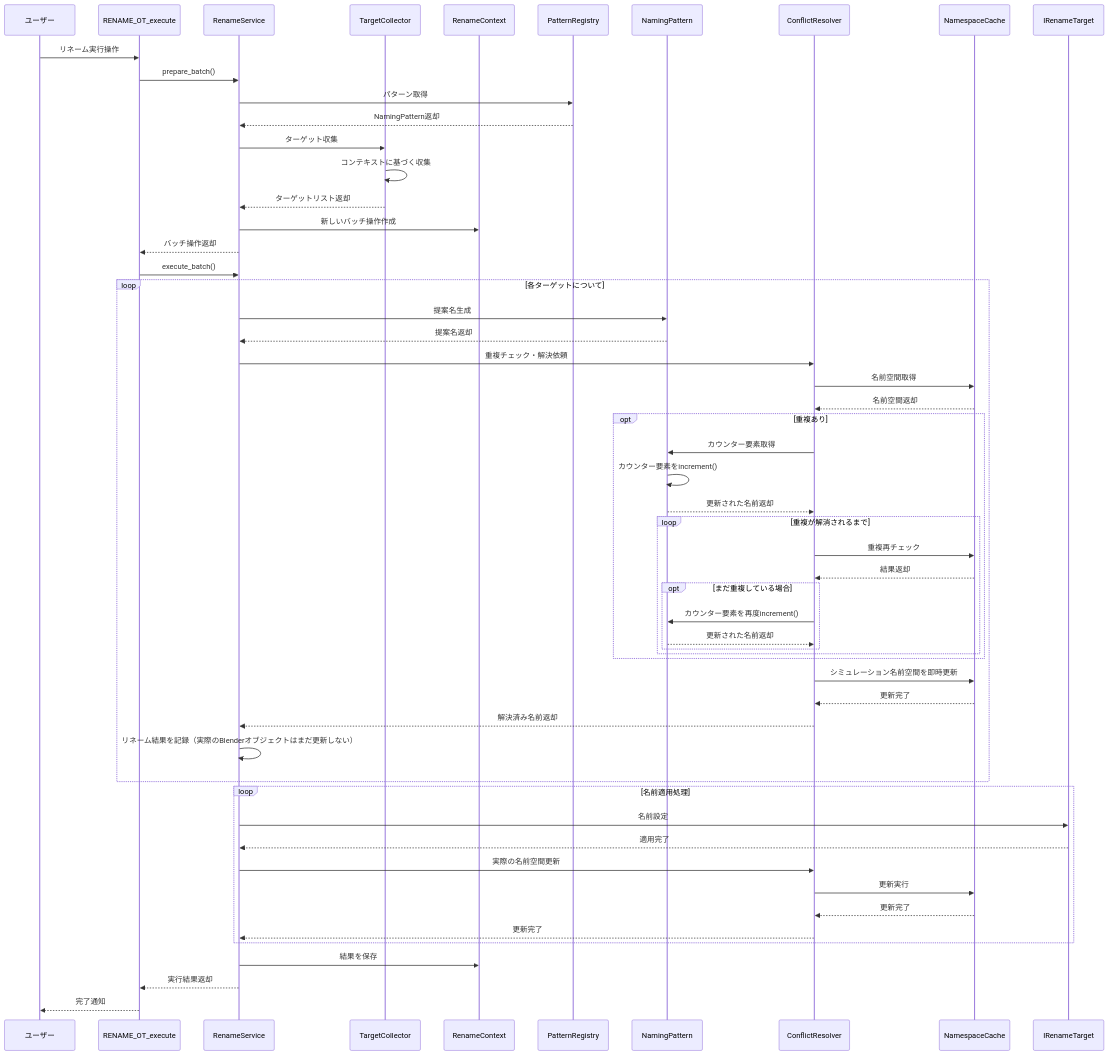
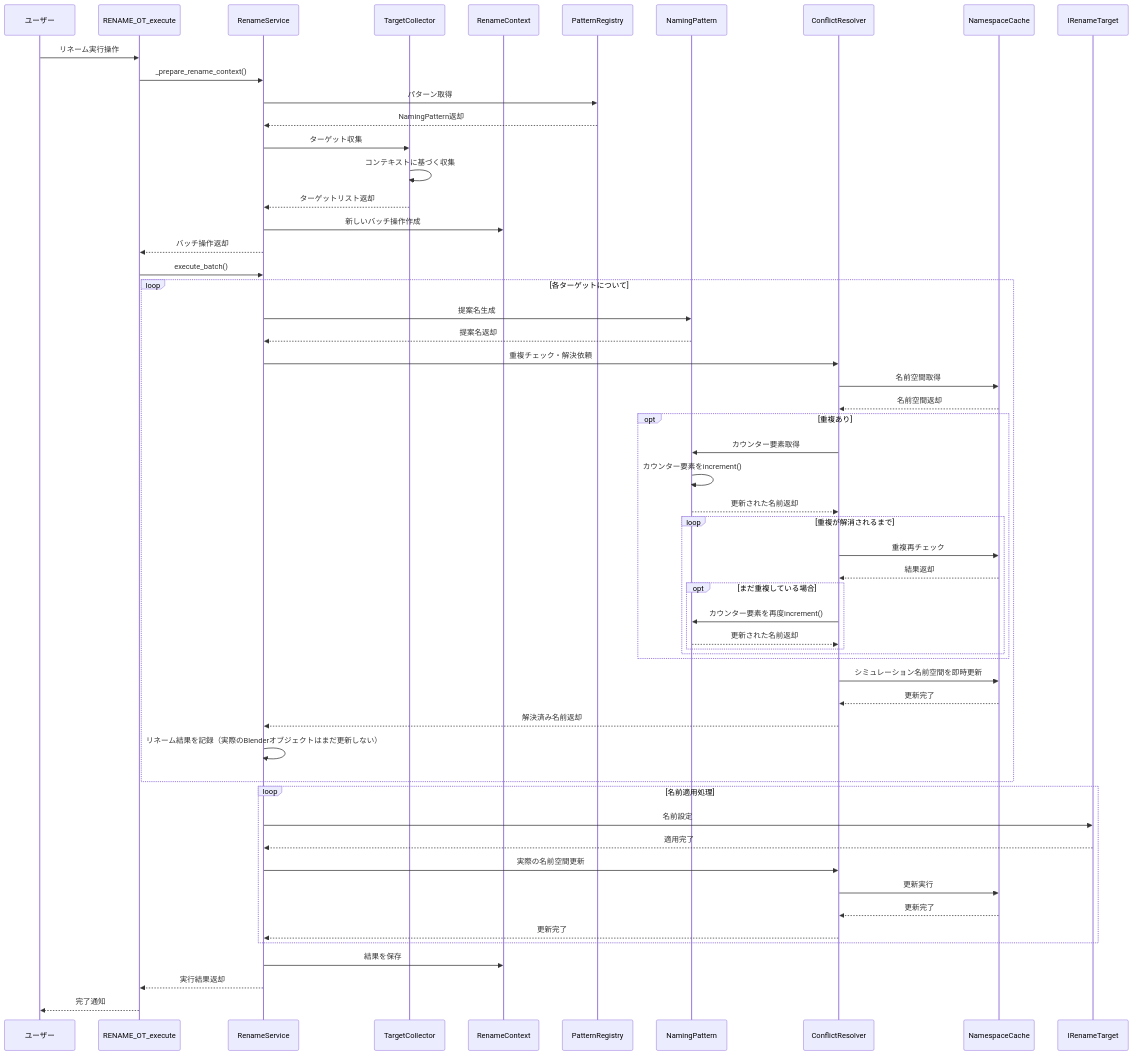
Before and after one commit to Pluglug/modular-renamer: the diagram in design_notes/sequential_rename_flow.mmd, drawn with Mermaid. The commit also changed 16 other files, not shown here.

```diff
--- a/design_notes/sequential_rename_flow.mmd
+++ b/design_notes/sequential_rename_flow.mmd
@@ -1,81 +1,81 @@
 ---
 config:
   layout: elk
   theme: default
   dagre:
     ranksep: 100
     nodesep: 100
     edgesep: 10
     direction: LR
 ---
 
 sequenceDiagram
     participant ユーザー
     participant RENAME_OT_execute
     participant RenameService
     participant TargetCollector
     participant RenameContext
     participant PatternRegistry
     participant NamingPattern
     participant ConflictResolver
     participant NamespaceCache
     
     ユーザー->>RENAME_OT_execute: リネーム実行操作
-    RENAME_OT_execute->>RenameService: prepare_batch()
+    RENAME_OT_execute->>RenameService: _prepare_rename_context()
     
     RenameService->>PatternRegistry: パターン取得
     PatternRegistry-->>RenameService: NamingPattern返却
     
     RenameService->>TargetCollector: ターゲット収集
     TargetCollector->>TargetCollector: コンテキストに基づく収集
     TargetCollector-->>RenameService: ターゲットリスト返却
     
     RenameService->>RenameContext: 新しいバッチ操作作成
     RenameService-->>RENAME_OT_execute: バッチ操作返却
     
     RENAME_OT_execute->>RenameService: execute_batch()
     
     loop 各ターゲットについて
         RenameService->>NamingPattern: 提案名生成
         NamingPattern-->>RenameService: 提案名返却
         
         RenameService->>ConflictResolver: 重複チェック・解決依頼
         ConflictResolver->>NamespaceCache: 名前空間取得
         NamespaceCache-->>ConflictResolver: 名前空間返却
         
         opt 重複あり
             ConflictResolver->>NamingPattern: カウンター要素取得
             NamingPattern->>NamingPattern: カウンター要素をincrement()
             NamingPattern-->>ConflictResolver: 更新された名前返却
             
             loop 重複が解消されるまで
                 ConflictResolver->>NamespaceCache: 重複再チェック
                 NamespaceCache-->>ConflictResolver: 結果返却
                 
                 opt まだ重複している場合
                     ConflictResolver->>NamingPattern: カウンター要素を再度increment()
                     NamingPattern-->>ConflictResolver: 更新された名前返却
                 end
             end
         end
         
         ConflictResolver->>NamespaceCache: シミュレーション名前空間を即時更新
         NamespaceCache-->>ConflictResolver: 更新完了
         ConflictResolver-->>RenameService: 解決済み名前返却
         
         RenameService->>RenameService: リネーム結果を記録（実際のBlenderオブジェクトはまだ更新しない）
     end
     
     loop 名前適用処理
         RenameService->>IRenameTarget: 名前設定
         IRenameTarget-->>RenameService: 適用完了
         
         RenameService->>ConflictResolver: 実際の名前空間更新
         ConflictResolver->>NamespaceCache: 更新実行
         NamespaceCache-->>ConflictResolver: 更新完了
         ConflictResolver-->>RenameService: 更新完了
     end
     
     RenameService->>RenameContext: 結果を保存
     RenameService-->>RENAME_OT_execute: 実行結果返却
     RENAME_OT_execute-->>ユーザー: 完了通知
```
